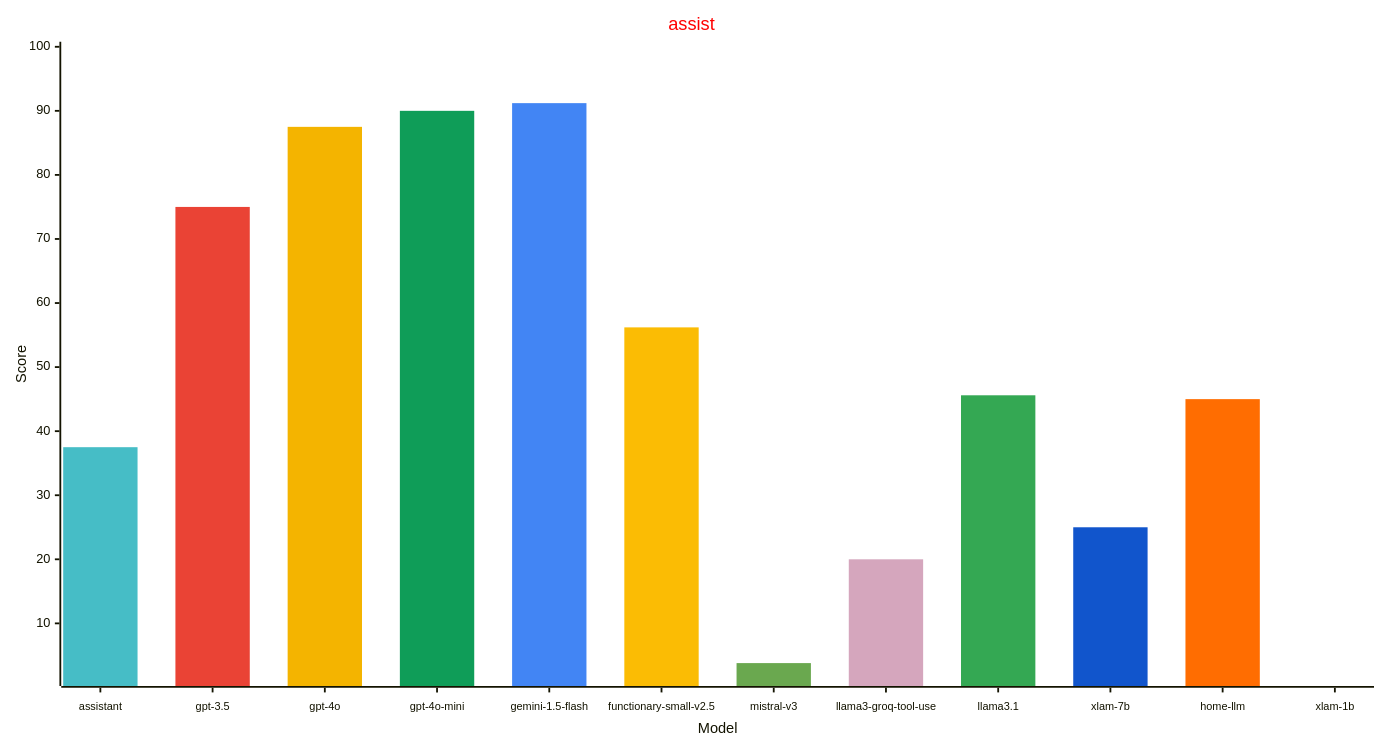
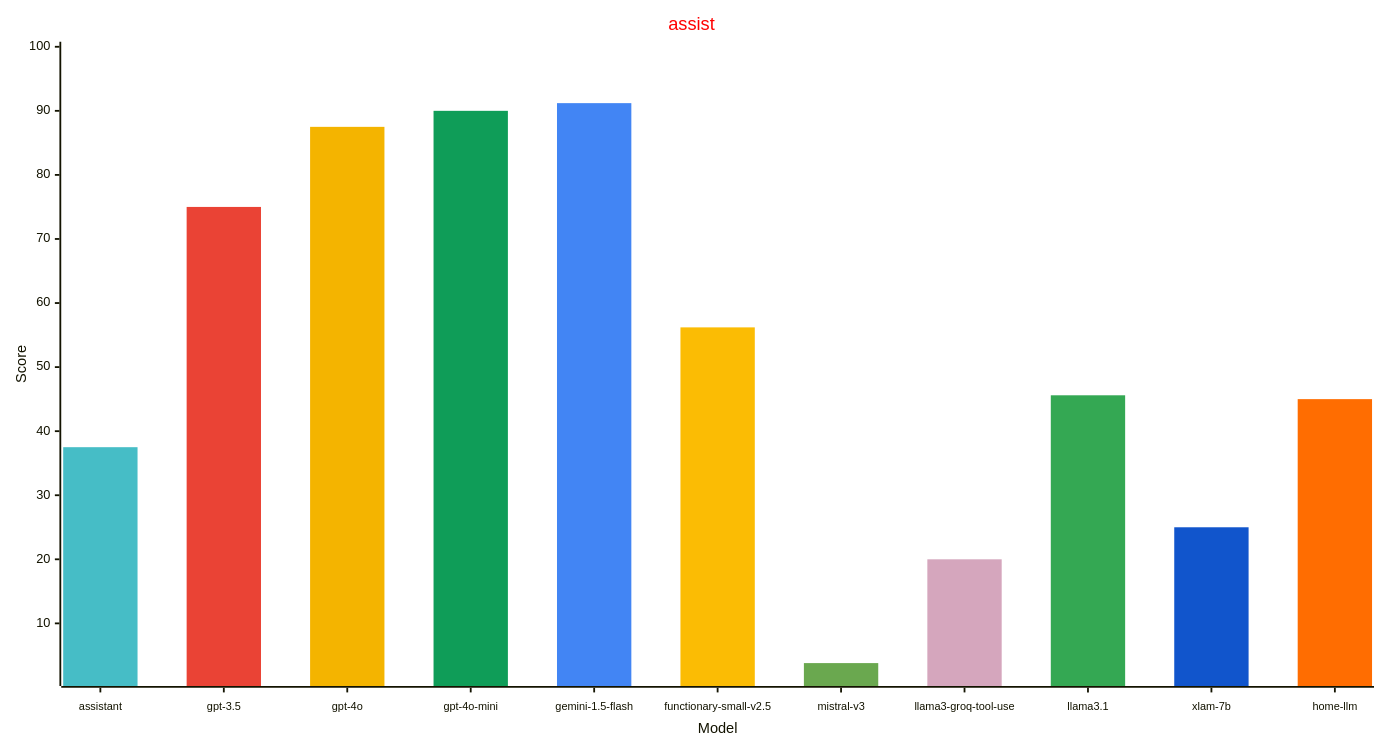
Before and after one commit to allenporter/home-assistant-datasets: the first of 3 diagrams in reports/leaderboard.md, drawn with Mermaid. The commit also changed other lines of this file and 1 other file, not shown here.

````diff
--- a/reports/leaderboard.md
+++ b/reports/leaderboard.md
@@ -15,32 +15,31 @@
 ```mermaid
 ---
 config:
     xyChart:
         width: 1500
         height: 800
         xAxis:
           labelFontSize: 12
           labelPadding: 8
     themeVariables:
         xyChart:
             titleColor: "#ff0000"
-            plotColorPalette: "#46bdc6, #ea4335, #f4b400, #0f9d58, #4285f4, #fbbc04, #6aa84f, #d5a6bd, #34a853, #1155cc, #ff6d01, #674ea7"
+            plotColorPalette: "#46bdc6, #ea4335, #f4b400, #0f9d58, #4285f4, #fbbc04, #6aa84f, #d5a6bd, #34a853, #1155cc, #ff6d01"
 
 ---
 xychart-beta
   title "assist"
-  x-axis "Model" [assistant, gpt-3.5, gpt-4o, gpt-4o-mini, gemini-1.5-flash, functionary-small-v2.5, mistral-v3, llama3-groq-tool-use, llama3.1, xlam-7b, home-llm, xlam-1b]
+  x-axis "Model" [assistant, gpt-3.5, gpt-4o, gpt-4o-mini, gemini-1.5-flash, functionary-small-v2.5, mistral-v3, llama3-groq-tool-use, llama3.1, xlam-7b, home-llm]
   y-axis "Score" 1 --> 100
-  bar [37.5, 0.0, 0.0, 0.0, 0.0, 0.0, 0.0, 0.0, 0.0, 0.0, 0.0, 0.0]
-  bar [0.0, 75.0, 0.0, 0.0, 0.0, 0.0, 0.0, 0.0, 0.0, 0.0, 0.0, 0.0]
-  bar [0.0, 0.0, 87.5, 0.0, 0.0, 0.0, 0.0, 0.0, 0.0, 0.0, 0.0, 0.0]
-  bar [0.0, 0.0, 0.0, 90.0, 0.0, 0.0, 0.0, 0.0, 0.0, 0.0, 0.0, 0.0]
-  bar [0.0, 0.0, 0.0, 0.0, 91.2, 0.0, 0.0, 0.0, 0.0, 0.0, 0.0, 0.0]
-  bar [0.0, 0.0, 0.0, 0.0, 0.0, 56.2, 0.0, 0.0, 0.0, 0.0, 0.0, 0.0]
-  bar [0.0, 0.0, 0.0, 0.0, 0.0, 0.0, 3.8, 0.0, 0.0, 0.0, 0.0, 0.0]
-  bar [0.0, 0.0, 0.0, 0.0, 0.0, 0.0, 0.0, 20.0, 0.0, 0.0, 0.0, 0.0]
-  bar [0.0, 0.0, 0.0, 0.0, 0.0, 0.0, 0.0, 0.0, 45.6, 0.0, 0.0, 0.0]
-  bar [0.0, 0.0, 0.0, 0.0, 0.0, 0.0, 0.0, 0.0, 0.0, 25.0, 0.0, 0.0]
-  bar [0.0, 0.0, 0.0, 0.0, 0.0, 0.0, 0.0, 0.0, 0.0, 0.0, 45.0, 0.0]
-  bar [0.0, 0.0, 0.0, 0.0, 0.0, 0.0, 0.0, 0.0, 0.0, 0.0, 0.0, 0.0]
+  bar [37.5, 0.0, 0.0, 0.0, 0.0, 0.0, 0.0, 0.0, 0.0, 0.0, 0.0]
+  bar [0.0, 75.0, 0.0, 0.0, 0.0, 0.0, 0.0, 0.0, 0.0, 0.0, 0.0]
+  bar [0.0, 0.0, 87.5, 0.0, 0.0, 0.0, 0.0, 0.0, 0.0, 0.0, 0.0]
+  bar [0.0, 0.0, 0.0, 90.0, 0.0, 0.0, 0.0, 0.0, 0.0, 0.0, 0.0]
+  bar [0.0, 0.0, 0.0, 0.0, 91.2, 0.0, 0.0, 0.0, 0.0, 0.0, 0.0]
+  bar [0.0, 0.0, 0.0, 0.0, 0.0, 56.2, 0.0, 0.0, 0.0, 0.0, 0.0]
+  bar [0.0, 0.0, 0.0, 0.0, 0.0, 0.0, 3.8, 0.0, 0.0, 0.0, 0.0]
+  bar [0.0, 0.0, 0.0, 0.0, 0.0, 0.0, 0.0, 20.0, 0.0, 0.0, 0.0]
+  bar [0.0, 0.0, 0.0, 0.0, 0.0, 0.0, 0.0, 0.0, 45.6, 0.0, 0.0]
+  bar [0.0, 0.0, 0.0, 0.0, 0.0, 0.0, 0.0, 0.0, 0.0, 25.0, 0.0]
+  bar [0.0, 0.0, 0.0, 0.0, 0.0, 0.0, 0.0, 0.0, 0.0, 0.0, 45.0]
 ```
````
